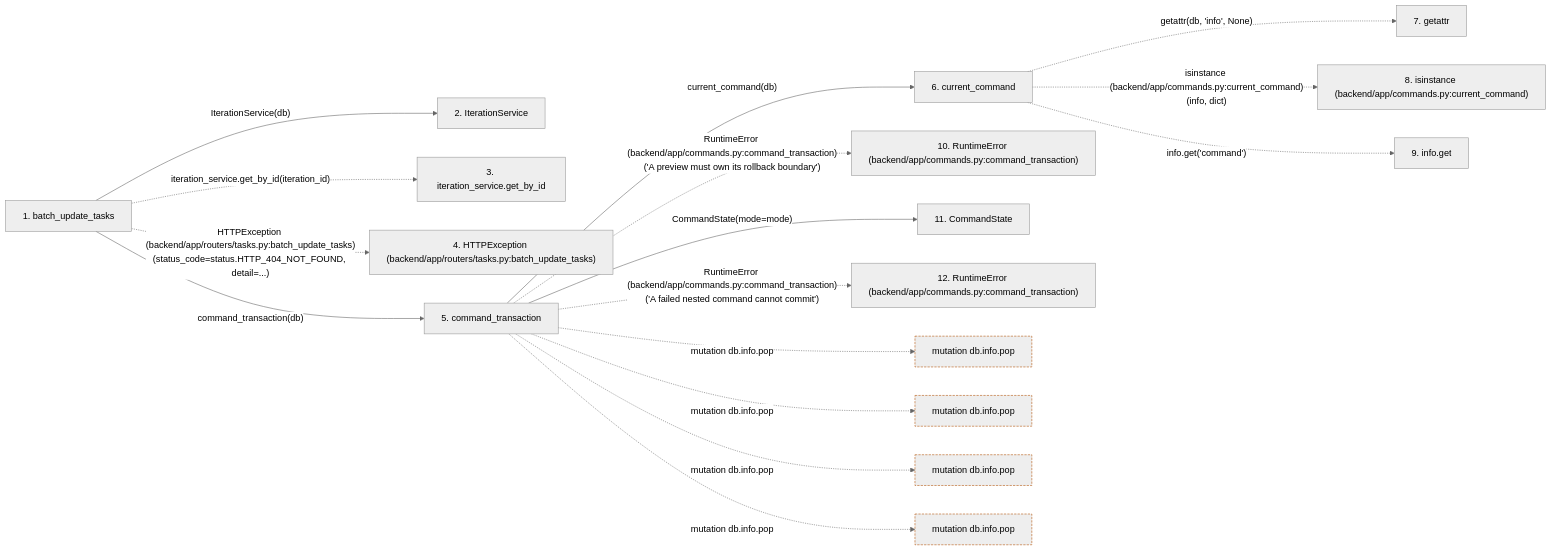
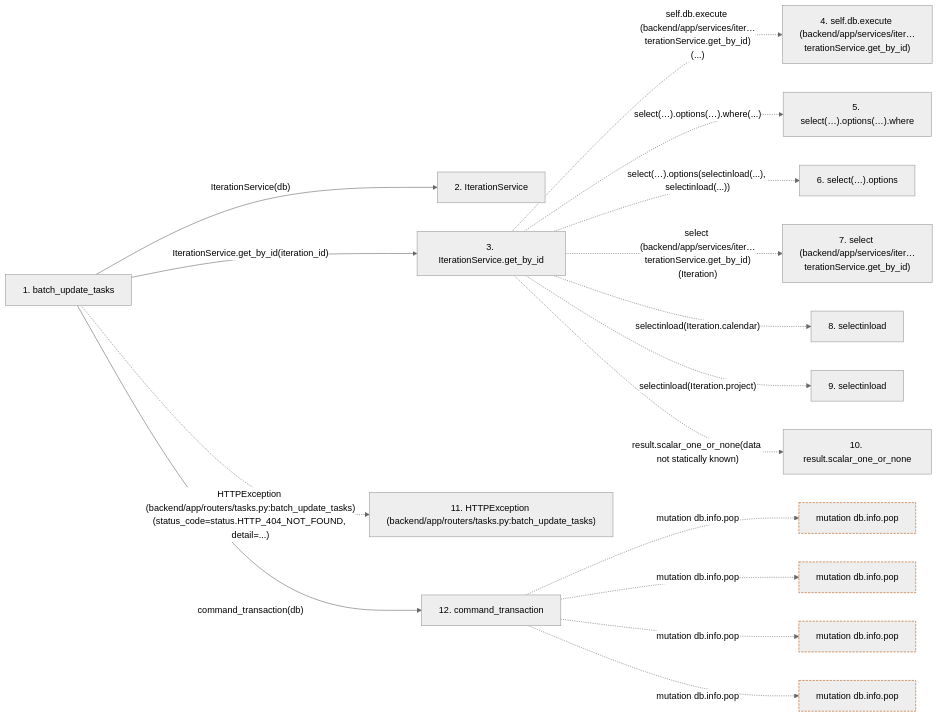
The second of 2 diagrams in docs/llm_wiki/flows/http-batch_update_tasks.md (Denissvgn/WorkChord), drawn with Mermaid (neutral theme) before and after one commit. The commit also changed other lines of this file and 25171 other files, not shown here.

````diff
--- a/docs/llm_wiki/flows/http-batch_update_tasks.md
+++ b/docs/llm_wiki/flows/http-batch_update_tasks.md
@@ -84,44 +144,43 @@
 ```mermaid
 flowchart LR
     s1["1. batch_update_tasks"]
     s2["2. IterationService"]
-    s3["3. iteration_service.get_by_id"]
-    s4["4. HTTPException (backend/app/routers/tasks.py:batch_update_tasks)"]
-    s5["5. command_transaction"]
-    s6["6. current_command"]
-    s7["7. getattr"]
-    s8["8. isinstance (backend/app/commands.py:current_command)"]
-    s9["9. info.get"]
-    s10["10. RuntimeError (backend/app/commands.py:command_transaction)"]
-    s11["11. CommandState"]
-    s12["12. RuntimeError (backend/app/commands.py:command_transaction)"]
+    s3["3. IterationService.get_by_id"]
+    s4["4. self.db.execute (backend/app/services/iter…terationService.get_by_id)"]
+    s5["5. select(…).options(…).where"]
+    s6["6. select(…).options"]
+    s7["7. select (backend/app/services/iter…terationService.get_by_id)"]
+    s8["8. selectinload"]
+    s9["9. selectinload"]
+    s10["10. result.scalar_one_or_none"]
+    s11["11. HTTPException (backend/app/routers/tasks.py:batch_update_tasks)"]
+    s12["12. command_transaction"]
     s1 -->|"IterationService(db)"| s2
-    s1 -. "iteration_service.get_by_id(iteration_id)" .-> s3
-    s1 -. "HTTPException (backend/app/routers/tasks.py:batch_update_tasks)(status_code=status.HTTP_404_NOT_FOUND, detail=...)" .-> s4
-    s1 -->|"command_transaction(db)"| s5
-    s5 -->|"current_command(db)"| s6
-    s6 -. "getattr(db, 'info', None)" .-> s7
-    s6 -. "isinstance (backend/app/commands.py:current_command)(info, dict)" .-> s8
-    s6 -. "info.get('command')" .-> s9
-    s5 -. "RuntimeError (backend/app/commands.py:command_transaction)('A preview must own its rollback boundary')" .-> s10
-    s5 -->|"CommandState(mode=mode)"| s11
-    s5 -. "RuntimeError (backend/app/commands.py:command_transaction)('A failed nested command cannot commit')" .-> s12
+    s1 -->|"IterationService.get_by_id(iteration_id)"| s3
+    s3 -. "self.db.execute (backend/app/services/iter…terationService.get_by_id)(...)" .-> s4
+    s3 -. "select(…).options(…).where(...)" .-> s5
+    s3 -. "select(…).options(selectinload(...), selectinload(...))" .-> s6
+    s3 -. "select (backend/app/services/iter…terationService.get_by_id)(Iteration)" .-> s7
+    s3 -. "selectinload(Iteration.calendar)" .-> s8
+    s3 -. "selectinload(Iteration.project)" .-> s9
+    s3 -. "result.scalar_one_or_none(data not statically known)" .-> s10
+    s1 -. "HTTPException (backend/app/routers/tasks.py:batch_update_tasks)(status_code=status.HTTP_404_NOT_FOUND, detail=...)" .-> s11
+    s1 -->|"command_transaction(db)"| s12
     b0["mutation db.info.pop"]
-    s5 -. "mutation db.info.pop" .-> b0
+    s12 -. "mutation db.info.pop" .-> b0
     b1["mutation db.info.pop"]
-    s5 -. "mutation db.info.pop" .-> b1
+    s12 -. "mutation db.info.pop" .-> b1
     b2["mutation db.info.pop"]
-    s5 -. "mutation db.info.pop" .-> b2
+    s12 -. "mutation db.info.pop" .-> b2
     b3["mutation db.info.pop"]
-    s5 -. "mutation db.info.pop" .-> b3
+    s12 -. "mutation db.info.pop" .-> b3
     click s1 "../modules/tasks.md"
     click s2 "../modules/iteration_service.md"
-    click s5 "../modules/commands.md"
-    click s6 "../modules/commands.md"
-    click s11 "../modules/commands.md"
+    click s3 "../modules/iteration_service.md"
+    click s12 "../modules/commands.md"
     classDef boundary stroke:#b45309,stroke-dasharray: 4 2
     class b0 boundary
     class b1 boundary
     class b2 boundary
     class b3 boundary
 ```
````
